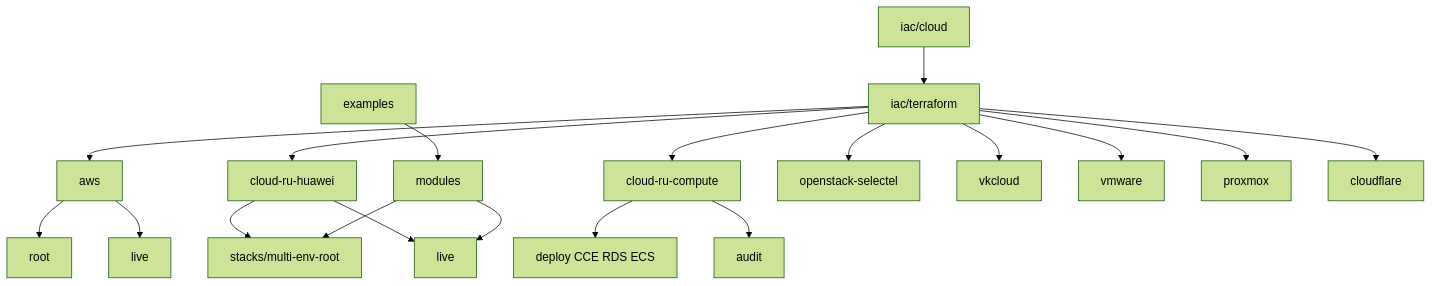
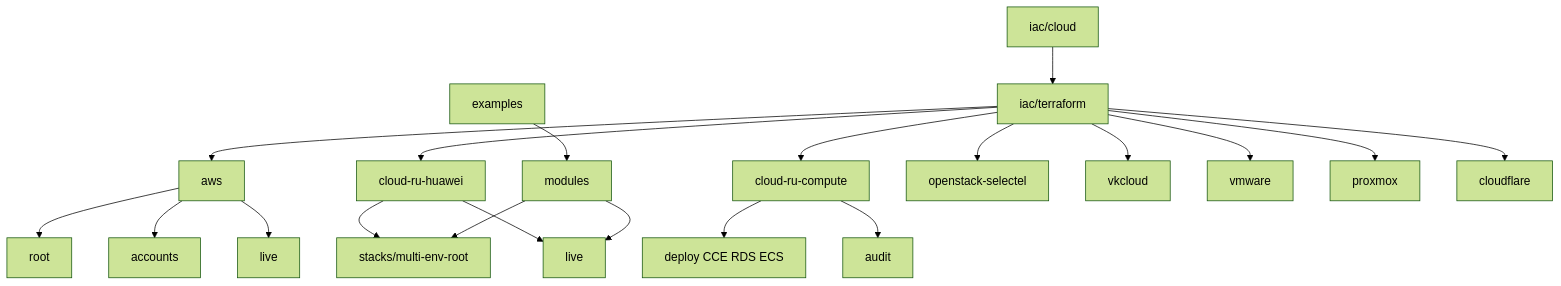
Before and after one commit to NarberallGamma/narberall-platform-engineer-lab: the diagram in iac/terraform/README.md, drawn with Mermaid (forest theme). The commit also changed other lines of this file and 37 other files, not shown here.

````diff
--- a/iac/terraform/README.md
+++ b/iac/terraform/README.md
@@ -39,21 +39,22 @@
 ```mermaid
 flowchart TB
   Cloud[iac/cloud] --> TF[iac/terraform]
   TF --> AWS[aws]
   AWS --> AWSroot[root]
+  AWS --> AWSacc[accounts]
   AWS --> AWSlive[live]
   TF --> CR[cloud-ru-huawei]
   CR --> CRstack[stacks/multi-env-root]
   CR --> CRlive[live]
   Mods[modules] --> CRstack
   Mods --> CRlive
   TF --> CRC[cloud-ru-compute]
   CRC --> CRCdep[deploy CCE RDS ECS]
   CRC --> CRCaud[audit]
   TF --> OS[openstack-selectel]
   TF --> VK[vkcloud]
   TF --> VMw[vmware]
   TF --> PX[proxmox]
   TF --> CF[cloudflare]
   Ex[examples] --> Mods
 ```
````
